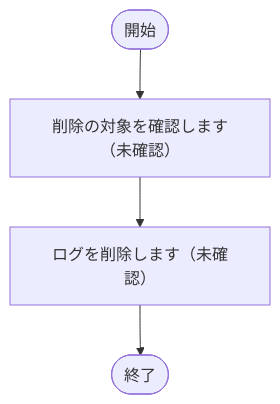
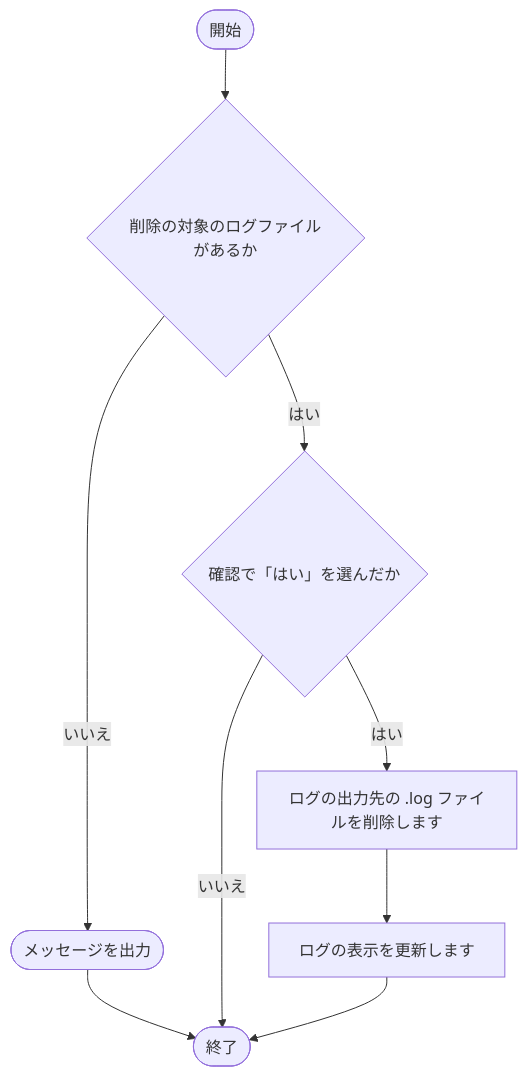
The seventh of 24 diagrams in tool/kintone-aggregator/doc/02_設計/処理フロー.md (nishida2073/project_management), drawn with Mermaid before and after one commit. The commit also changed other lines of this file and 16 other files, not shown here.

````diff
--- a/tool/kintone-aggregator/doc/02_設計/処理フロー.md
+++ b/tool/kintone-aggregator/doc/02_設計/処理フロー.md
@@ -222,10 +203,18 @@
 ```mermaid
 flowchart TD
     S(["開始"])
     E(["終了"])
-    N1["削除の対象を確認します（未確認）"]
+    N1{"削除の対象のログファイルがあるか"}
     S --> N1
-    N2["ログを削除します（未確認）"]
-    N1 --> N2
-    N2 --> E
+    X1(["メッセージを出力"])
+    X1 --> E
+    N1 -- いいえ --> X1
+    N2{"確認で「はい」を選んだか"}
+    N1 -- はい --> N2
+    N2 -- いいえ --> E
+    N3["ログの出力先の .log ファイルを削除します"]
+    N2 -- はい --> N3
+    N4["ログの表示を更新します"]
+    N3 --> N4
+    N4 --> E
 ```
````
